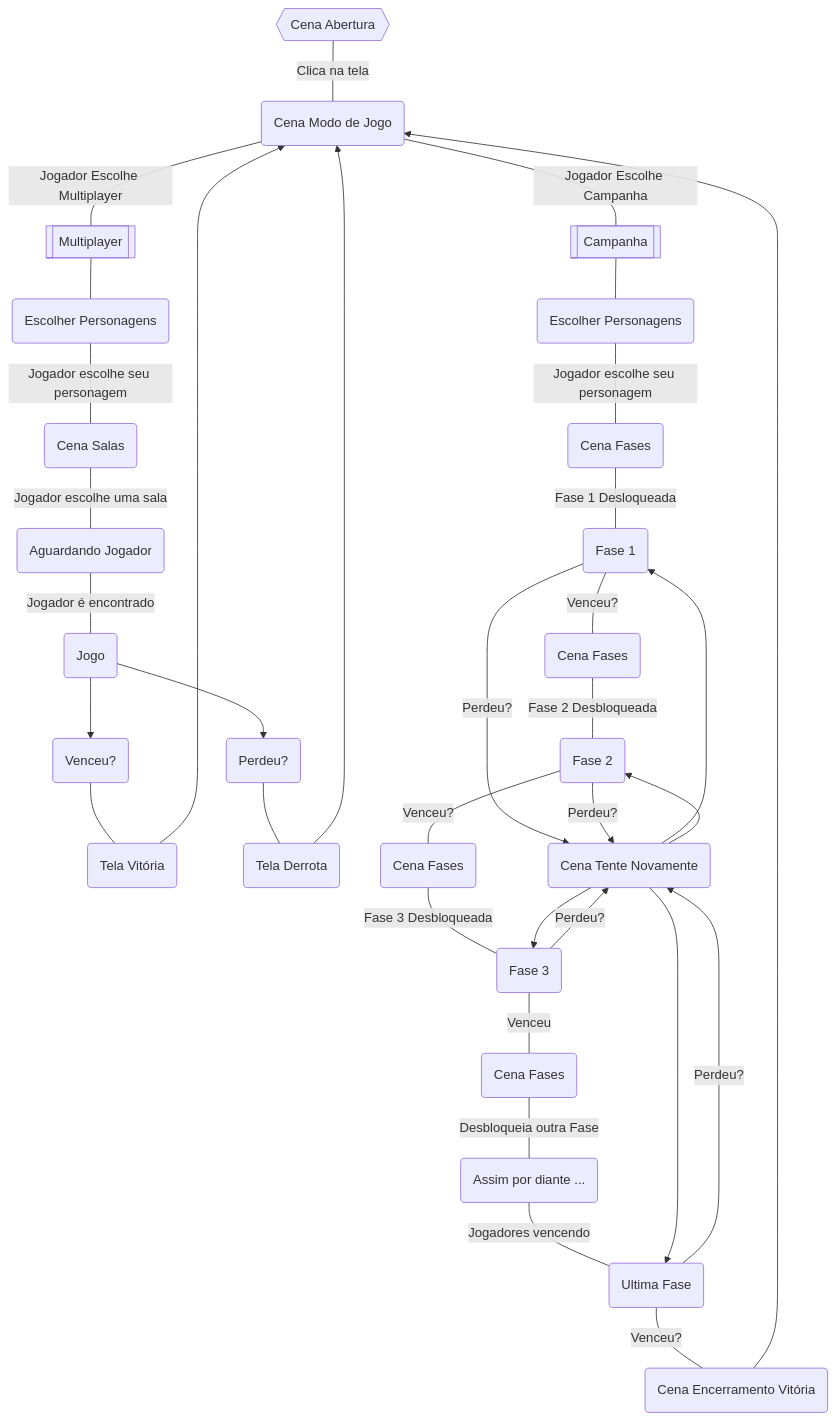
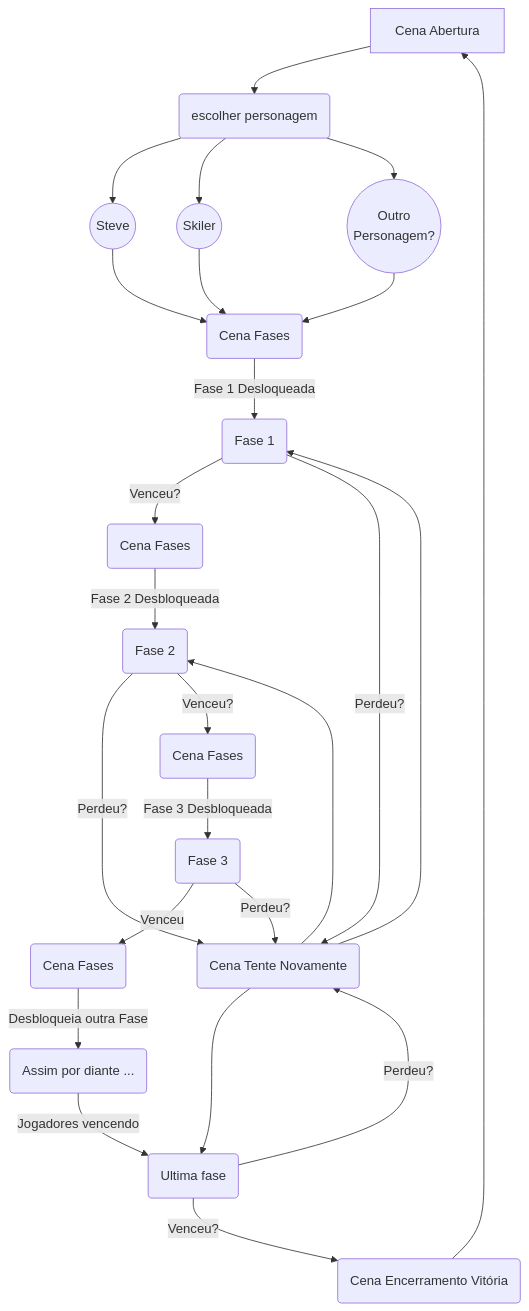
One commit to Hoff-Games/FutHoff changed the diagram in README.md. Above: the diagram before and after it, drawn with Mermaid. The commit also changed other lines of this file, not shown here.

````diff
--- a/README.md
+++ b/README.md
@@ -103,24 +95,22 @@
 ```mermaid
 flowchart TD
-    A{{Cena Abertura}} --- |Clica na tela| B([Cena Modo de Jogo])
-    B --- |Jogador Escolhe Campanha| C[[Campanha]]
-    B --- |Jogador Escolhe Multiplayer| D[[Multiplayer]]
-    D --- E(Escolher Personagens) --- |Jogador escolhe seu personagem| F(Cena Salas)
-    F --- |Jogador escolhe uma sala| Y(Aguardando Jogador) --- |Jogador é encontrado| G(Jogo)
-    G --> H(Venceu?) --- J(Tela Vitória)
-    G --> I(Perdeu?) --- K(Tela Derrota)
-    J --> B(Cena Modo de Jogo)
-    K --> B(Cena Modo de Jogo)
-    C --- L(Escolher Personagens) --- |Jogador escolhe seu personagem| M(Cena Fases) 
-    M --- |Fase 1 Desloqueada| N(Fase 1)
-    N --- |Venceu?| Q(Cena Fases) --- |Fase 2 Desbloqueada| O(Fase 2)
+    A[Cena Abertura] --> B(escolher personagem) 
+    B --> C((Steve))
+    B --> D((Skiler))
+    B --> E((Outro 
+    Personagem?))
+    C --> M(Cena Fases)
+    D --> M(Cena Fases)
+    E --> M(Cena Fases)
+    M --> |Fase 1 Desloqueada| N(Fase 1)
+    N --> |Venceu?| Q(Cena Fases) --> |Fase 2 Desbloqueada| O(Fase 2)
     N --> |Perdeu?| P(Cena tente novamente) --> N(Fase 1)
     O --> |Perdeu?| P(Cena tente novamente) --> O(Fase 2)
-    O --- |Venceu?| R(Cena Fases) --- |Fase 3 Desbloqueada| S(Fase 3)
-    S --- |Venceu| W(Cena Fases) --- |Desbloqueia outra Fase| T(Assim por diante ...)
-    S --> |Perdeu?| P(Cena tente novamente) --> S(Fase 3)
-    T --- |Jogadores vencendo| U(Ultima Fase)
-    U --- |Venceu?| V(Cena Encerramento Vitória)
-    U --> |Perdeu?| P(Cena Tente Novamente)--> U(Ultima Fase)
-    V --> B(Cena Modo de Jogo)
+    O --> |Venceu?| R(Cena Fases) --> |Fase 3 Desbloqueada| S(Fase 3)
+    S --> |Venceu| W(Cena Fases) --> |Desbloqueia outra Fase| T(Assim por diante ...)
+    S --> |Perdeu?| P(Cena tente novamente)
+    T --> |Jogadores vencendo| U(Ultima Fase)
+    U --> |Venceu?| V(Cena Encerramento Vitória)
+    U --> |Perdeu?| P(Cena Tente Novamente) --> U(Ultima fase)
+    V --> A[Cena Abertura]
 ```
````
